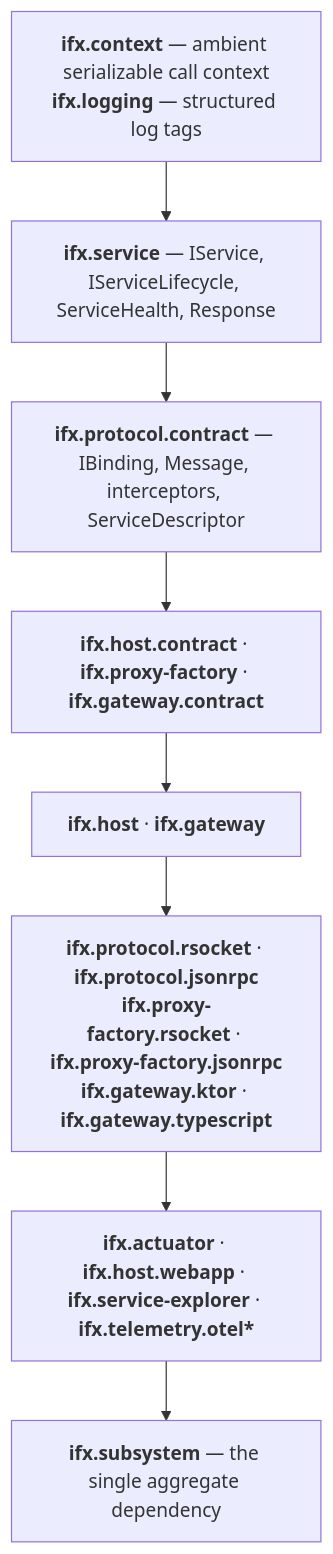
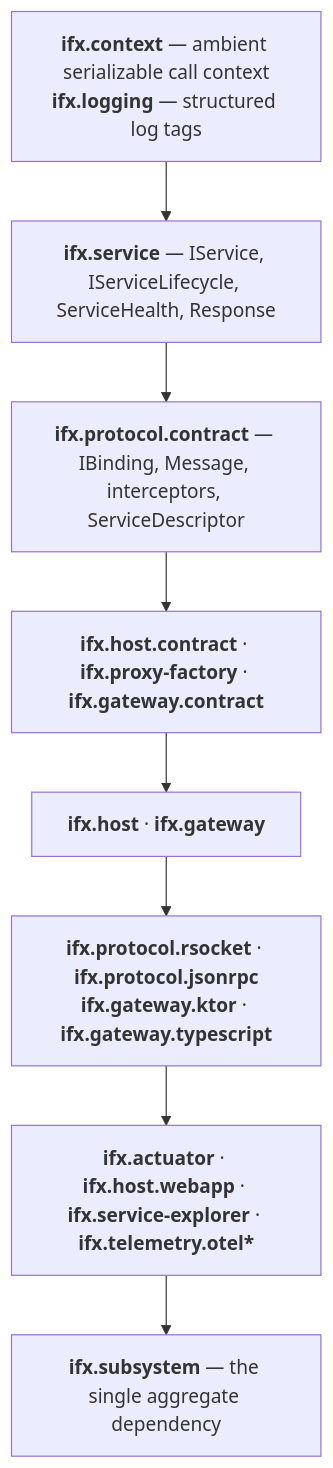
One commit to carbide-ifx/carbide changed the second of 3 diagrams in docs/architecture.md. Above: the diagram before and after it, drawn with Mermaid. The commit also changed 16 other files, not shown here.

Commit message:
Move proxy factories into protocol modules

````diff
--- a/docs/architecture.md
+++ b/docs/architecture.md
@@ -76,13 +76,13 @@
 ```mermaid
 flowchart TB
     L0["<b>ifx.context</b> — ambient serializable call context<br/><b>ifx.logging</b> — structured log tags"]
     L1["<b>ifx.service</b> — IService, IServiceLifecycle, ServiceHealth, Response"]
     L2["<b>ifx.protocol.contract</b> — IBinding, Message, interceptors, ServiceDescriptor"]
     L3["<b>ifx.host.contract</b> · <b>ifx.proxy-factory</b> · <b>ifx.gateway.contract</b>"]
     L4["<b>ifx.host</b> · <b>ifx.gateway</b>"]
-    L5["<b>ifx.protocol.rsocket</b> · <b>ifx.protocol.jsonrpc</b><br/><b>ifx.proxy-factory.rsocket</b> · <b>ifx.proxy-factory.jsonrpc</b><br/><b>ifx.gateway.ktor</b> · <b>ifx.gateway.typescript</b>"]
+    L5["<b>ifx.protocol.rsocket</b> · <b>ifx.protocol.jsonrpc</b><br/><b>ifx.gateway.ktor</b> · <b>ifx.gateway.typescript</b>"]
     L6["<b>ifx.actuator</b> · <b>ifx.host.webapp</b> · <b>ifx.service-explorer</b> · <b>ifx.telemetry.otel*</b>"]
     L7["<b>ifx.subsystem</b> — the single aggregate dependency"]
 
     L0 --> L1 --> L2 --> L3 --> L4 --> L5 --> L6 --> L7
 ```
````
